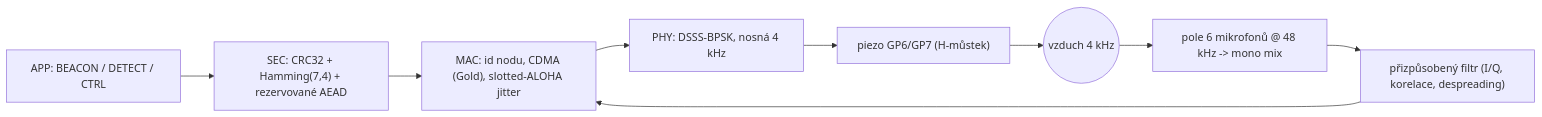
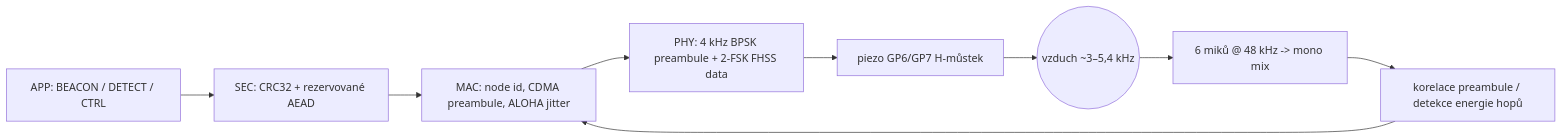
Before and after one commit to fedurca/het68: the diagram in chirp.cs.md, drawn with Mermaid. The commit also changed other lines of this file and 10 other files, not shown here.

First line of the commit message:
1.4.0: fast FHSS chirp PHY under 100 ms on PS1240

````diff
--- a/chirp.cs.md
+++ b/chirp.cs.md
@@ -24,11 +29,11 @@
 ```mermaid
 flowchart LR
-  app["APP: BEACON / DETECT / CTRL"] --> sec["SEC: CRC32 + Hamming(7,4) + rezervované AEAD"]
-  sec --> mac["MAC: id nodu, CDMA (Gold), slotted-ALOHA jitter"]
-  mac --> phy["PHY: DSSS-BPSK, nosná 4 kHz"]
-  phy --> tx["piezo GP6/GP7 (H-můstek)"]
-  tx --> air((vzduch 4 kHz))
-  air --> rx["pole 6 mikrofonů @ 48 kHz -> mono mix"]
-  rx --> mf["přizpůsobený filtr (I/Q, korelace, despreading)"]
+  app["APP: BEACON / DETECT / CTRL"] --> sec["SEC: CRC32 + rezervované AEAD"]
+  sec --> mac["MAC: node id, CDMA preambule, ALOHA jitter"]
+  mac --> phy["PHY: 4 kHz BPSK preambule + 2-FSK FHSS data"]
+  phy --> tx["piezo GP6/GP7 H-můstek"]
+  tx --> air((vzduch ~3–5,4 kHz))
+  air --> rx["6 miků @ 48 kHz -> mono mix"]
+  rx --> mf["korelace preambule / detekce energie hopů"]
   mf --> mac
 ```
````
